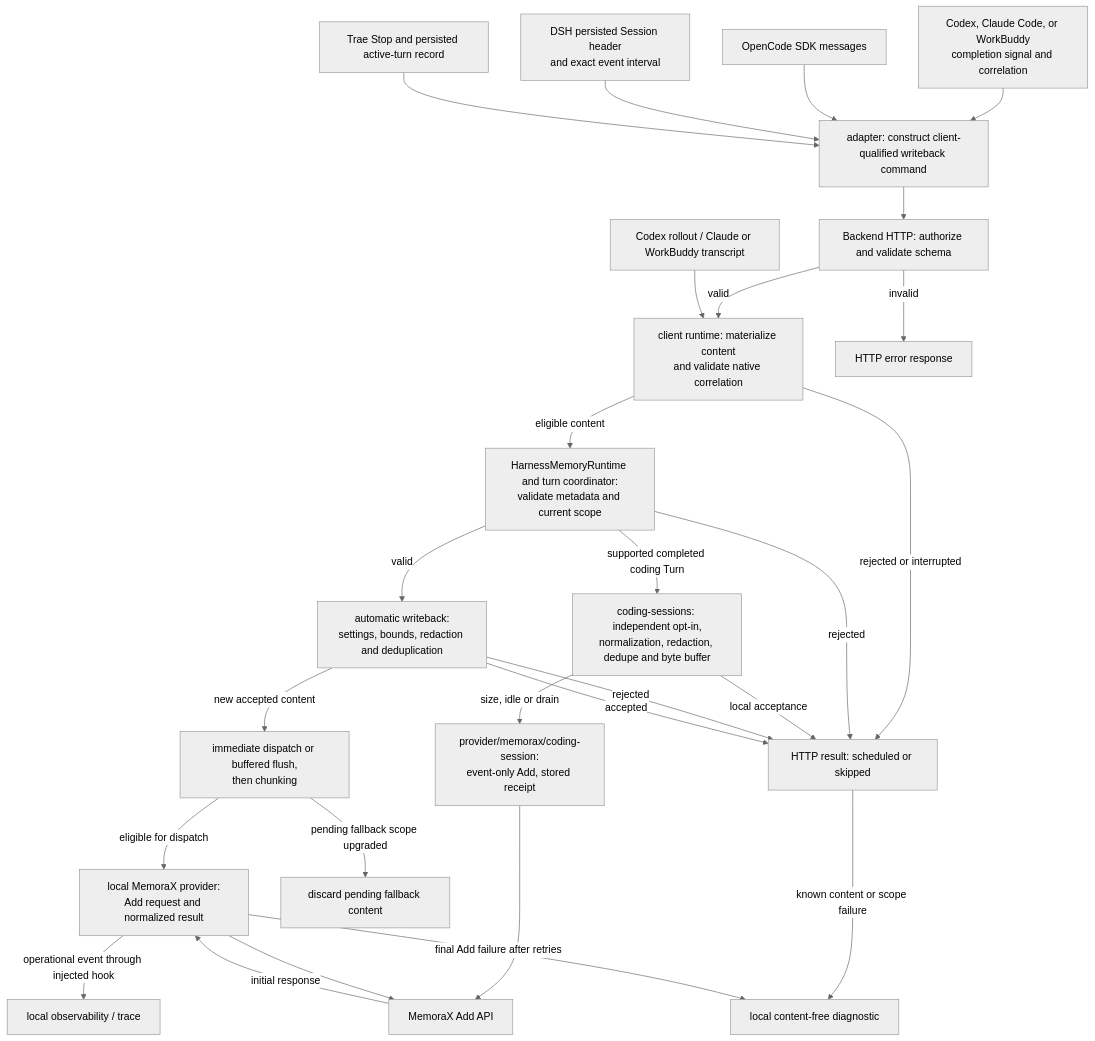
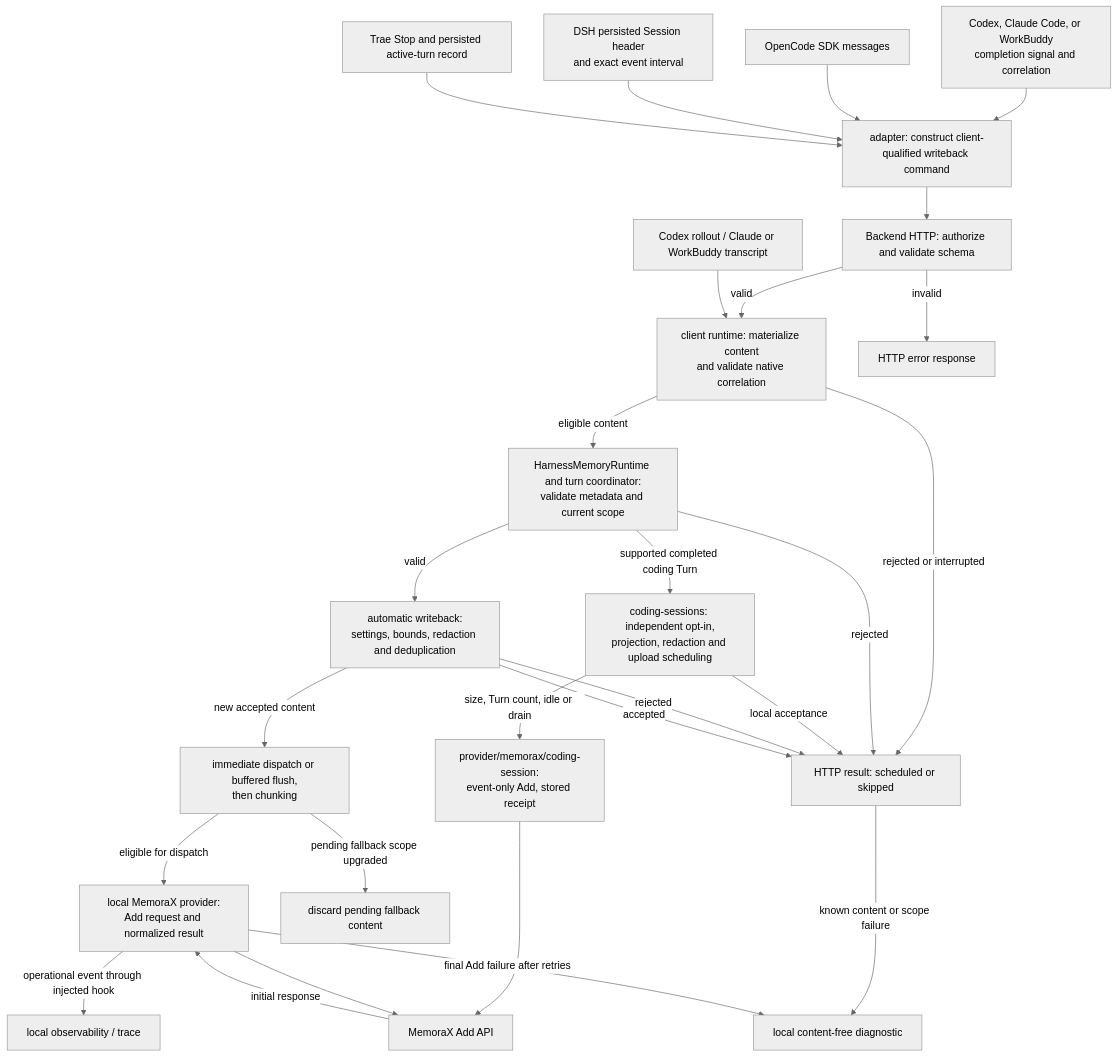
The fifth of 7 diagrams in ARCHITECTURE.md (memorax-ai/memorax-code), drawn with Mermaid (neutral theme) before and after one commit. The commit also changed other lines of this file and 38 other files, not shown here.

First line of the commit message:
feat:(coding-sessions) upload response items from native session cursors

````diff
--- a/ARCHITECTURE.md
+++ b/ARCHITECTURE.md
@@ -642,33 +642,33 @@
 ```mermaid
 flowchart TD
   Completion["Codex, Claude Code, or WorkBuddy<br/>completion signal and correlation"] --> Hook
   SDK["OpenCode SDK messages"] --> Hook
   DSH["DSH persisted Session header<br/>and exact event interval"] --> Hook
   Trae["Trae Stop and persisted active-turn record"] --> Hook
   Hook["adapter: construct client-qualified writeback command"] --> HTTP
 
   HTTP["Backend HTTP: authorize and validate schema"] -->|"valid"| Native
   HTTP -->|"invalid"| Error["HTTP error response"]
   Files["Codex rollout / Claude or WorkBuddy transcript"] --> Native
   Native["client runtime: materialize content<br/>and validate native correlation"] -->|"eligible content"| Shared
   Native -->|"rejected or interrupted"| Result
 
   Shared["HarnessMemoryRuntime and turn coordinator:<br/>validate metadata and current scope"] -->|"valid"| Runtime
   Shared -->|"rejected"| Result
   Shared -->|"supported completed coding Turn"| Archive
-  Archive["coding-sessions: independent opt-in,<br/>normalization, redaction, dedupe and byte buffer"] -->|"local acceptance"| Result
-  Archive -->|"size, idle or drain"| ArchiveProvider["provider/memorax/coding-session:<br/>event-only Add, stored receipt"]
+  Archive["coding-sessions: independent opt-in,<br/>projection, redaction and upload scheduling"] -->|"local acceptance"| Result
+  Archive -->|"size, Turn count, idle or drain"| ArchiveProvider["provider/memorax/coding-session:<br/>event-only Add, stored receipt"]
   ArchiveProvider --> Remote
   Runtime["automatic writeback:<br/>settings, bounds, redaction and deduplication"] -->|"rejected"| Result
   Runtime -->|"accepted"| Result
   Result["HTTP result: scheduled or skipped"]
 
   Runtime -->|"new accepted content"| Pending
   Pending["immediate dispatch or buffered flush,<br/>then chunking"] -->|"eligible for dispatch"| Provider
   Pending -->|"pending fallback scope upgraded"| Discard["discard pending fallback content"]
   Provider["local MemoraX provider:<br/>Add request and normalized result"] --> Remote
   Remote["MemoraX Add API"] -->|"initial response"| Provider
   Provider -->|"operational event through injected hook"| Trace["local observability / trace"]
   Result -->|"known content or scope failure"| Diagnostic["local content-free diagnostic"]
   Provider -->|"final Add failure after retries"| Diagnostic
 ```
````
